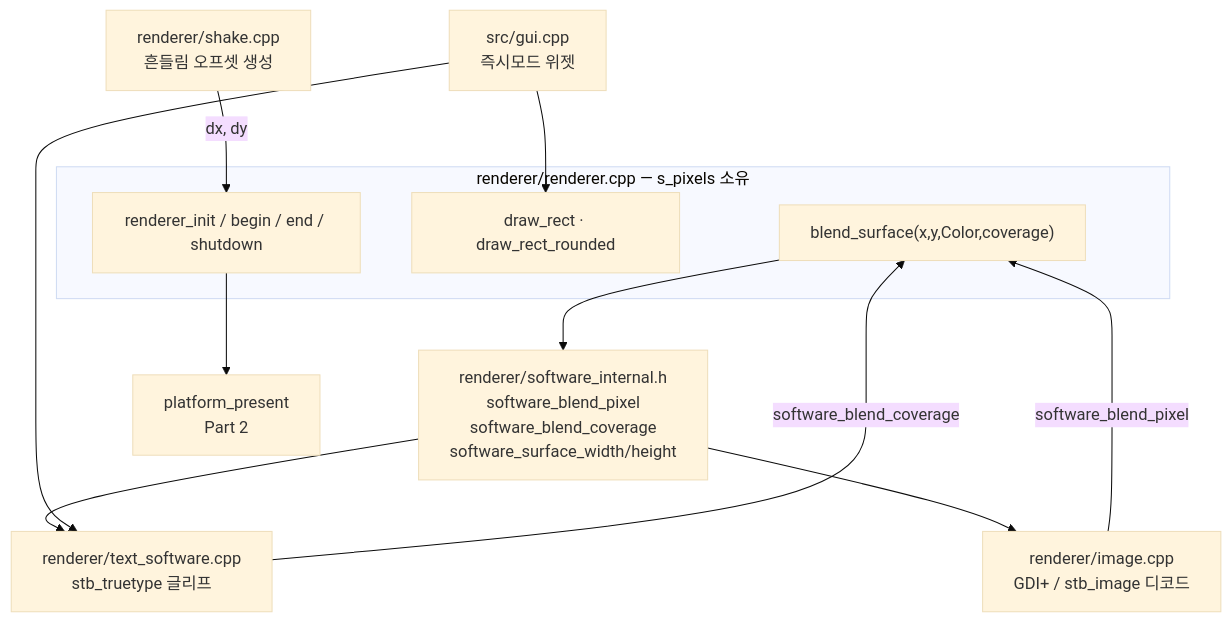
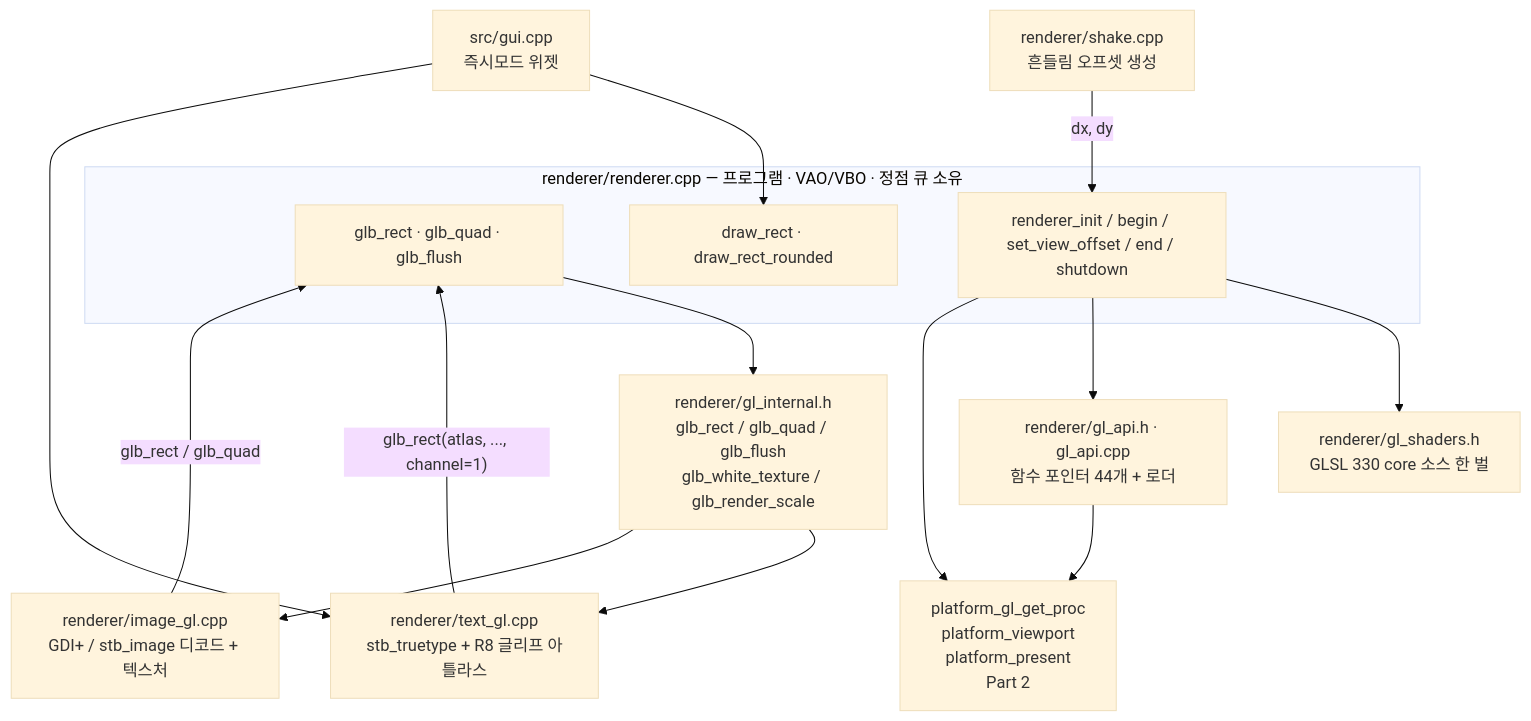
Before and after one commit to Rein-ArXiv/Tetris-Multiplayer-RL: the fourth of 7 diagrams in docs/blog/part3-rendering-and-ui.md, drawn with Mermaid (base theme). The commit also changed other lines of this file and 13 other files, not shown here.

````diff
--- a/docs/blog/part3-rendering-and-ui.md
+++ b/docs/blog/part3-rendering-and-ui.md
@@ -210,24 +431,29 @@
 ```mermaid
 graph TB
-    subgraph OWN["renderer/renderer.cpp — s_pixels 소유"]
-        BS["blend_surface(x,y,Color,coverage)"]
+    subgraph OWN["renderer/renderer.cpp — 프로그램 · VAO/VBO · 정점 큐 소유"]
+        BATCH["glb_rect · glb_quad · glb_flush"]
         API1["draw_rect · draw_rect_rounded"]
-        LIFE["renderer_init / begin / end / shutdown"]
+        LIFE["renderer_init / begin / set_view_offset / end / shutdown"]
     end
-    SI["renderer/software_internal.h<br/>software_blend_pixel<br/>software_blend_coverage<br/>software_surface_width/height"]
-    TXT["renderer/text_software.cpp<br/>stb_truetype 글리프"]
-    IMG["renderer/image.cpp<br/>GDI+ / stb_image 디코드"]
+    API["renderer/gl_api.h · gl_api.cpp<br/>함수 포인터 44개 + 로더"]
+    SH["renderer/gl_shaders.h<br/>GLSL 330 core 소스 한 벌"]
+    GI["renderer/gl_internal.h<br/>glb_rect / glb_quad / glb_flush<br/>glb_white_texture / glb_render_scale"]
+    TXT["renderer/text_gl.cpp<br/>stb_truetype + R8 글리프 아틀라스"]
+    IMG["renderer/image_gl.cpp<br/>GDI+ / stb_image 디코드 + 텍스처"]
     SHK["renderer/shake.cpp<br/>흔들림 오프셋 생성"]
     GUI["src/gui.cpp<br/>즉시모드 위젯"]
-    PLAT["platform_present<br/>Part 2"]
+    PLAT["platform_gl_get_proc<br/>platform_viewport<br/>platform_present<br/>Part 2"]
 
-    BS --> SI
-    SI --> TXT
-    SI --> IMG
-    TXT -- "software_blend_coverage" --> BS
-    IMG -- "software_blend_pixel" --> BS
+    BATCH --> GI
+    GI --> TXT
+    GI --> IMG
+    TXT -- "glb_rect(atlas, ..., channel=1)" --> BATCH
+    IMG -- "glb_rect / glb_quad" --> BATCH
+    LIFE --> SH
+    LIFE --> API
+    API --> PLAT
     GUI --> API1
     GUI --> TXT
     SHK -- "dx, dy" --> LIFE
     LIFE --> PLAT
 ```
````
